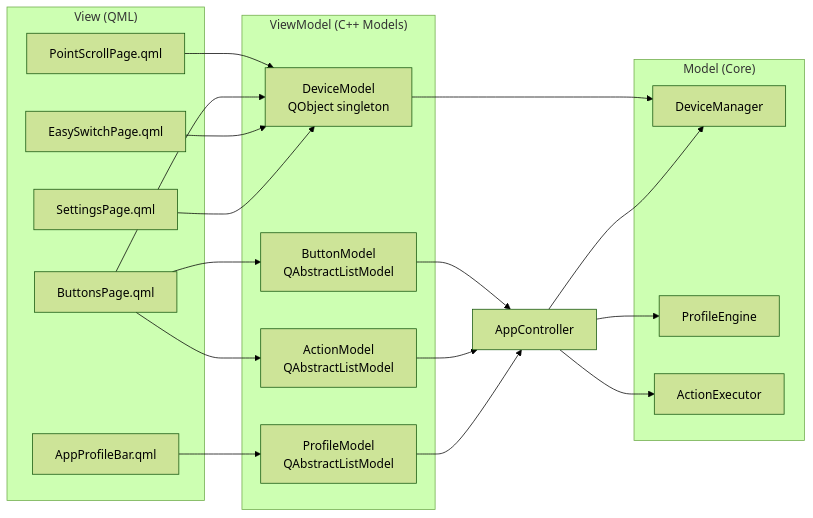
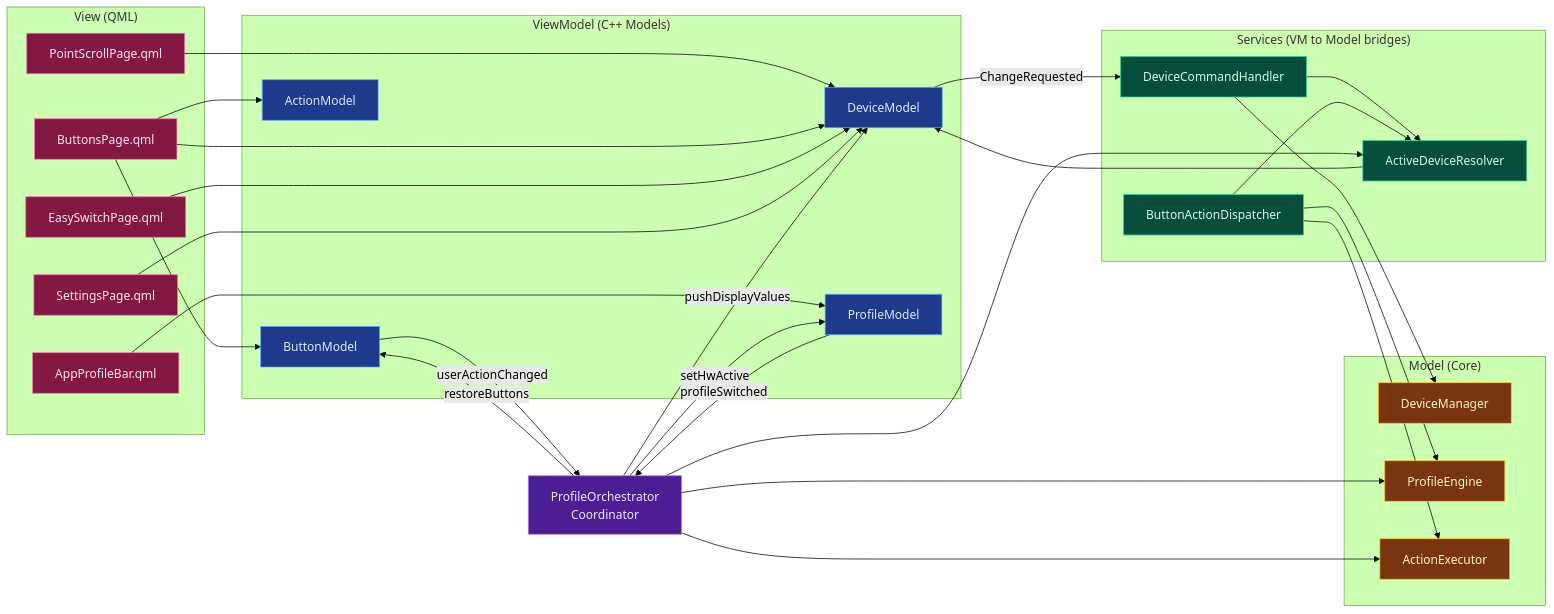
One commit to mmaher88/logitune changed the seventh of 15 diagrams in docs/wiki/Architecture.md. Above: the diagram before and after it, drawn with Mermaid (forest theme). The commit also changed other lines of this file and 58 other files, not shown here.

First line of the commit message:
Refactor: extract behavior from AppController, rename to AppRoot, polish class naming, rewrite architecture wiki (closes #107) (#108)

````diff
--- a/docs/wiki/Architecture.md
+++ b/docs/wiki/Architecture.md
@@ -341,39 +456,69 @@
 ```mermaid
 graph LR
     subgraph "View (QML)"
         PointScroll[PointScrollPage.qml]
         Buttons[ButtonsPage.qml]
         EasySwitch[EasySwitchPage.qml]
         Settings[SettingsPage.qml]
         ProfileBar[AppProfileBar.qml]
     end
 
     subgraph "ViewModel (C++ Models)"
-        DM[DeviceModel<br/>QObject singleton]
-        BM[ButtonModel<br/>QAbstractListModel]
-        AM[ActionModel<br/>QAbstractListModel]
-        PM[ProfileModel<br/>QAbstractListModel]
+        DM[DeviceModel]
+        BM[ButtonModel]
+        AM[ActionModel]
+        PM[ProfileModel]
     end
+
+    subgraph "Services (VM to Model bridges)"
+        DSel[ActiveDeviceResolver]
+        DCmd[DeviceCommandHandler]
+        BAD[ButtonActionDispatcher]
+    end
+
+    PO[ProfileOrchestrator<br/>Coordinator]
 
     subgraph "Model (Core)"
         DMgr[DeviceManager]
         PE[ProfileEngine]
         AE[ActionExecutor]
     end
 
     PointScroll --> DM
     Buttons --> BM
     Buttons --> AM
     Buttons --> DM
     EasySwitch --> DM
     Settings --> DM
     ProfileBar --> PM
 
-    DM --> DMgr
-    BM --> AC[AppController]
-    AM --> AC
-    PM --> AC
-    AC --> DMgr
-    AC --> PE
-    AC --> AE
+    DM -->|ChangeRequested| DCmd
+    BM -->|userActionChanged| PO
+    PM -->|profileSwitched| PO
+
+    DSel --> DM
+    DCmd --> DSel
+    DCmd --> DMgr
+    BAD --> DSel
+    BAD --> PE
+    BAD --> AE
+
+    PO --> DSel
+    PO --> PE
+    PO --> AE
+    PO -->|pushDisplayValues| DM
+    PO -->|restoreButtons| BM
+    PO -->|setHwActive| PM
+
+    classDef view fill:#831843,stroke:#f472b6,color:#fce7f3
+    classDef vm fill:#1e3a8a,stroke:#60a5fa,color:#dbeafe
+    classDef service fill:#064e3b,stroke:#34d399,color:#d1fae5
+    classDef coord fill:#4c1d95,stroke:#a78bfa,color:#ede9fe
+    classDef core fill:#78350f,stroke:#fbbf24,color:#fef3c7
+
+    class PointScroll,Buttons,EasySwitch,Settings,ProfileBar view
+    class DM,BM,AM,PM vm
+    class DSel,DCmd,BAD service
+    class PO coord
+    class DMgr,PE,AE core
 ```
````
